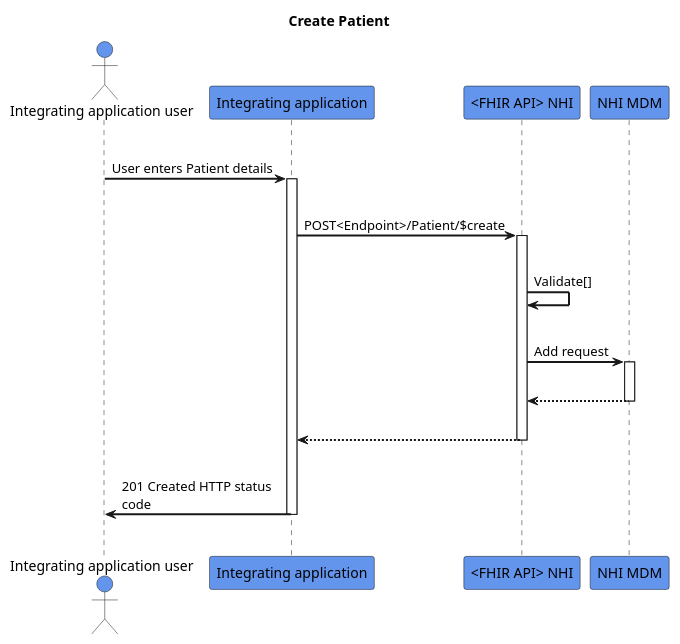
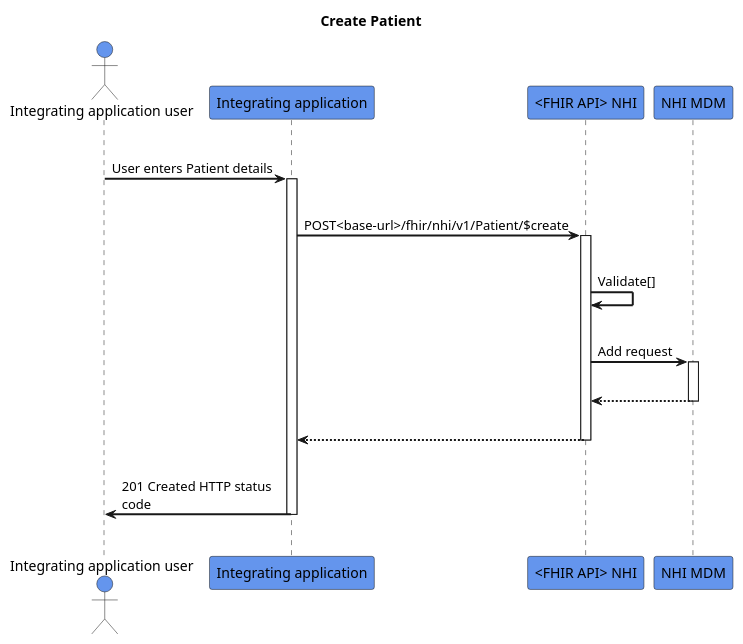
Before and after one commit to HL7NZ/nhi: the diagram in input/images-source/create-patient.plantuml, drawn with PlantUML.

```diff
--- a/input/images-source/create-patient.plantuml
+++ b/input/images-source/create-patient.plantuml
@@ -2,32 +2,32 @@
 @startuml
 skinparam sequenceArrowThickness 2
 skinparam roundcorner 5
 skinparam maxmessagesize 180
 skinparam sequenceParticipant bold
 title Create Patient
 actor "Integrating application user" as User #CornflowerBlue
 participant "Integrating application" as A #CornflowerBlue
 participant "<FHIR API> NHI" as B #CornflowerBlue
 participant "NHI MDM" as C #CornflowerBlue
 |||
 User -> A: User enters Patient details
 activate A
 |||
-A -> B: POST<Endpoint>/Patient/$create
+A -> B: POST<base-url>/fhir/nhi/v1/Patient/$create
 activate B
 |||
 B -> B: Validate[]
 |||
 B -> C: Add request
 activate C
 |||
 C -[dashed]-> B:  
 deactivate C
 |||
 B -[dashed]-> A:
 deactivate B
 |||
 A -> User: 201 Created HTTP status code
 deactivate A
 |||
 @enduml
```
